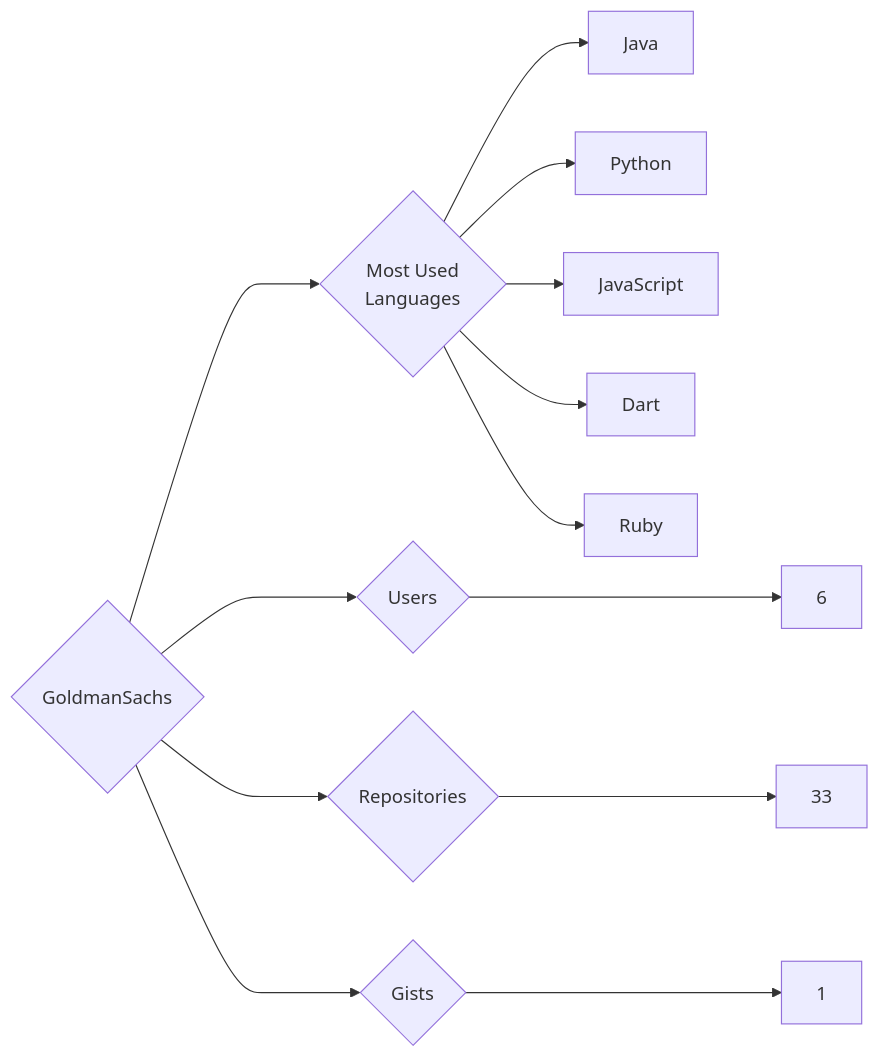
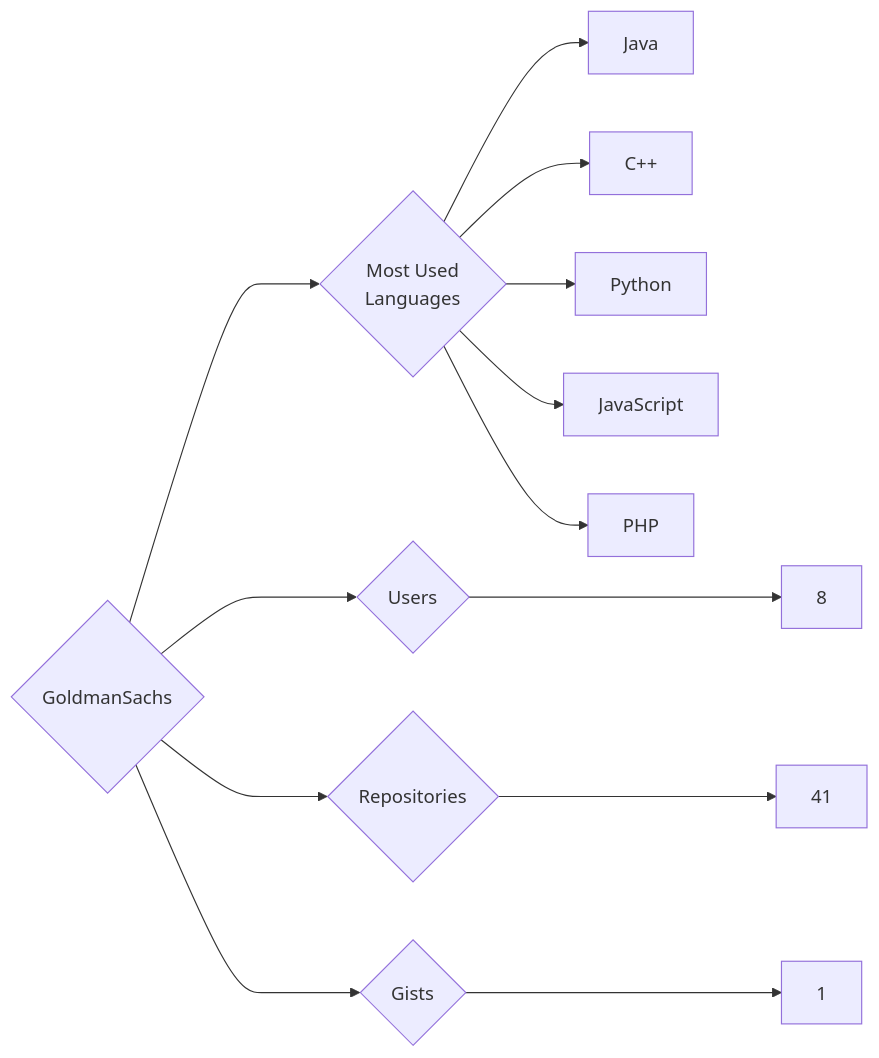
One commit to trickest/insiders changed the diagram in targets/GoldmanSachs/README.md. Above: the diagram before and after it, drawn with Mermaid. The commit also changed 1089 other files, not shown here.

````diff
--- a/targets/GoldmanSachs/README.md
+++ b/targets/GoldmanSachs/README.md
@@ -3,13 +3,13 @@
 ```mermaid
 graph LR
 COMPANY_NAME{GoldmanSachs}
-COMPANY_NAME ---> U{Users} ---> UN[6]
-COMPANY_NAME ---> R{Repositories} ---> RN[33]
+COMPANY_NAME ---> U{Users} ---> UN[8]
+COMPANY_NAME ---> R{Repositories} ---> RN[41]
 COMPANY_NAME ---> G{Gists} ---> GN[1]
 COMPANY_NAME ---> ML{Most Used<br>Languages}
 ML --> Java[Java]
+ML --> C++[C++]
 ML --> Python[Python]
 ML --> JavaScript[JavaScript]
-ML --> Dart[Dart]
-ML --> Ruby[Ruby]
+ML --> PHP[PHP]
 ```
````
